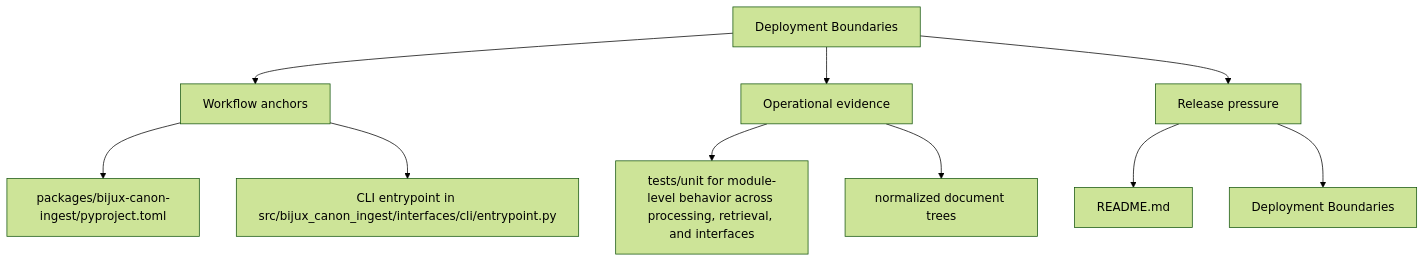
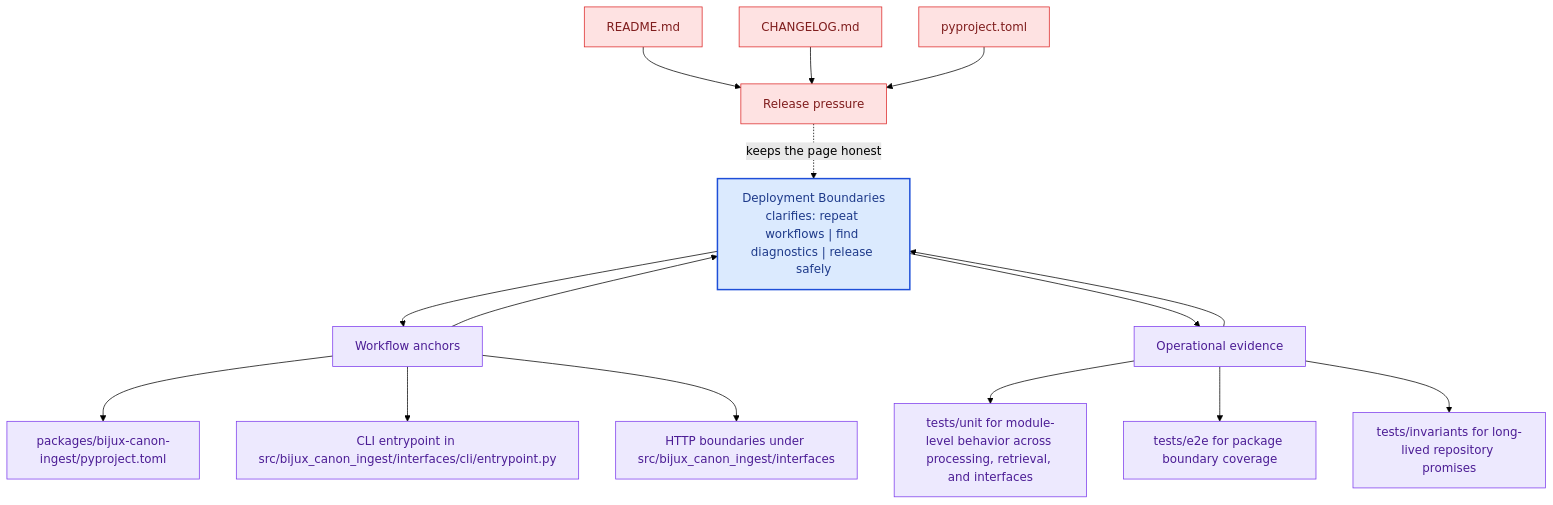
The second of 2 diagrams in docs/bijux-canon-ingest/operations/deployment-boundaries.md (bijux/bijux-canon), drawn with Mermaid (forest theme) before and after one commit. The commit also changed other lines of this file and 281 other files, not shown here.

Commit message:
docs(diagrams): deepen handbook mermaid maps across the catalog

````diff
--- a/docs/bijux-canon-ingest/operations/deployment-boundaries.md
+++ b/docs/bijux-canon-ingest/operations/deployment-boundaries.md
@@ -34,22 +67,41 @@
 ```mermaid
-flowchart TD
-    page["Deployment Boundaries"]
+flowchart TB
+    promise["Deployment Boundaries<br/>clarifies: repeat workflows | find diagnostics | release safely"]
+    classDef promise fill:#dbeafe,stroke:#1d4ed8,color:#1e3a8a,stroke-width:2px;
+    classDef driver fill:#dcfce7,stroke:#16a34a,color:#14532d;
+    classDef constraint fill:#fee2e2,stroke:#dc2626,color:#7f1d1d;
+    classDef ground fill:#ede9fe,stroke:#7c3aed,color:#4c1d95;
     focus1["Workflow anchors"]
-    page --> focus1
+    focus1 --> promise
+    promise --> focus1
     focus1_1["packages/bijux-canon-ingest/pyproject.toml"]
     focus1 --> focus1_1
     focus1_2["CLI entrypoint in src/bijux_canon_ingest/interfaces/cli/entrypoint.py"]
     focus1 --> focus1_2
+    focus1_3["HTTP boundaries under src/bijux_canon_ingest/interfaces"]
+    focus1 --> focus1_3
+    class focus1 ground;
+    class focus1_1,focus1_2,focus1_3 ground;
     focus2["Operational evidence"]
-    page --> focus2
+    focus2 --> promise
+    promise --> focus2
     focus2_1["tests/unit for module-level behavior across processing, retrieval, and interfaces"]
     focus2 --> focus2_1
-    focus2_2["normalized document trees"]
+    focus2_2["tests/e2e for package boundary coverage"]
     focus2 --> focus2_2
+    focus2_3["tests/invariants for long-lived repository promises"]
+    focus2 --> focus2_3
+    class focus2 ground;
+    class focus2_1,focus2_2,focus2_3 ground;
     focus3["Release pressure"]
-    page --> focus3
+    focus3 -.keeps the page honest.-> promise
     focus3_1["README.md"]
-    focus3 --> focus3_1
-    focus3_2["Deployment Boundaries"]
-    focus3 --> focus3_2
+    focus3_1 --> focus3
+    focus3_2["CHANGELOG.md"]
+    focus3_2 --> focus3
+    focus3_3["pyproject.toml"]
+    focus3_3 --> focus3
+    class focus3 constraint;
+    class focus3_1,focus3_2,focus3_3 constraint;
+    class promise promise;
 ```
````
